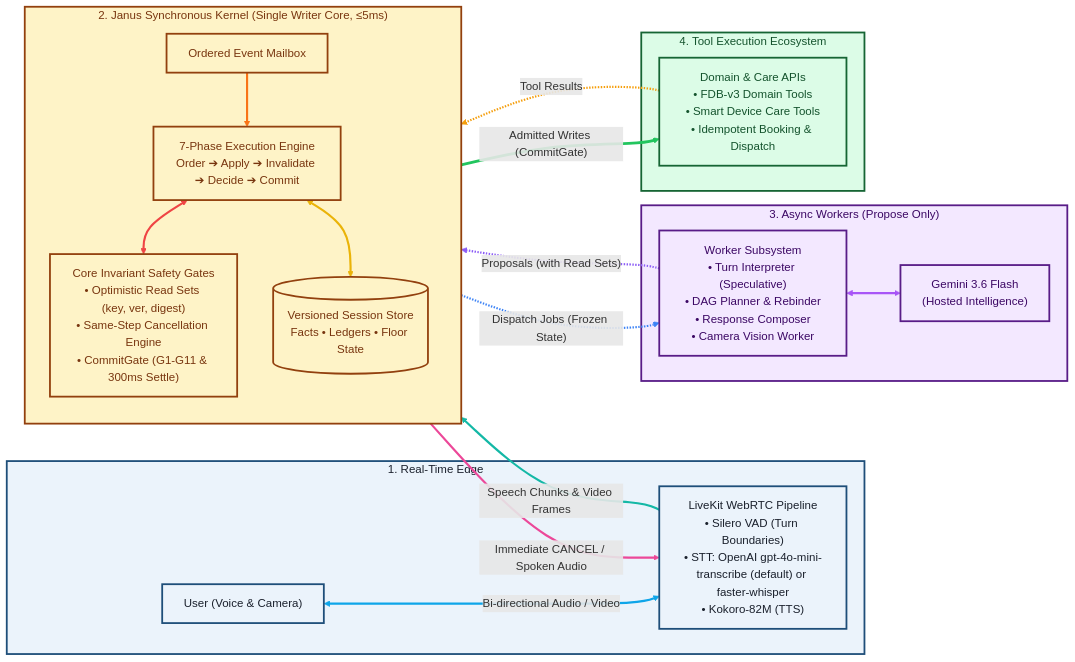
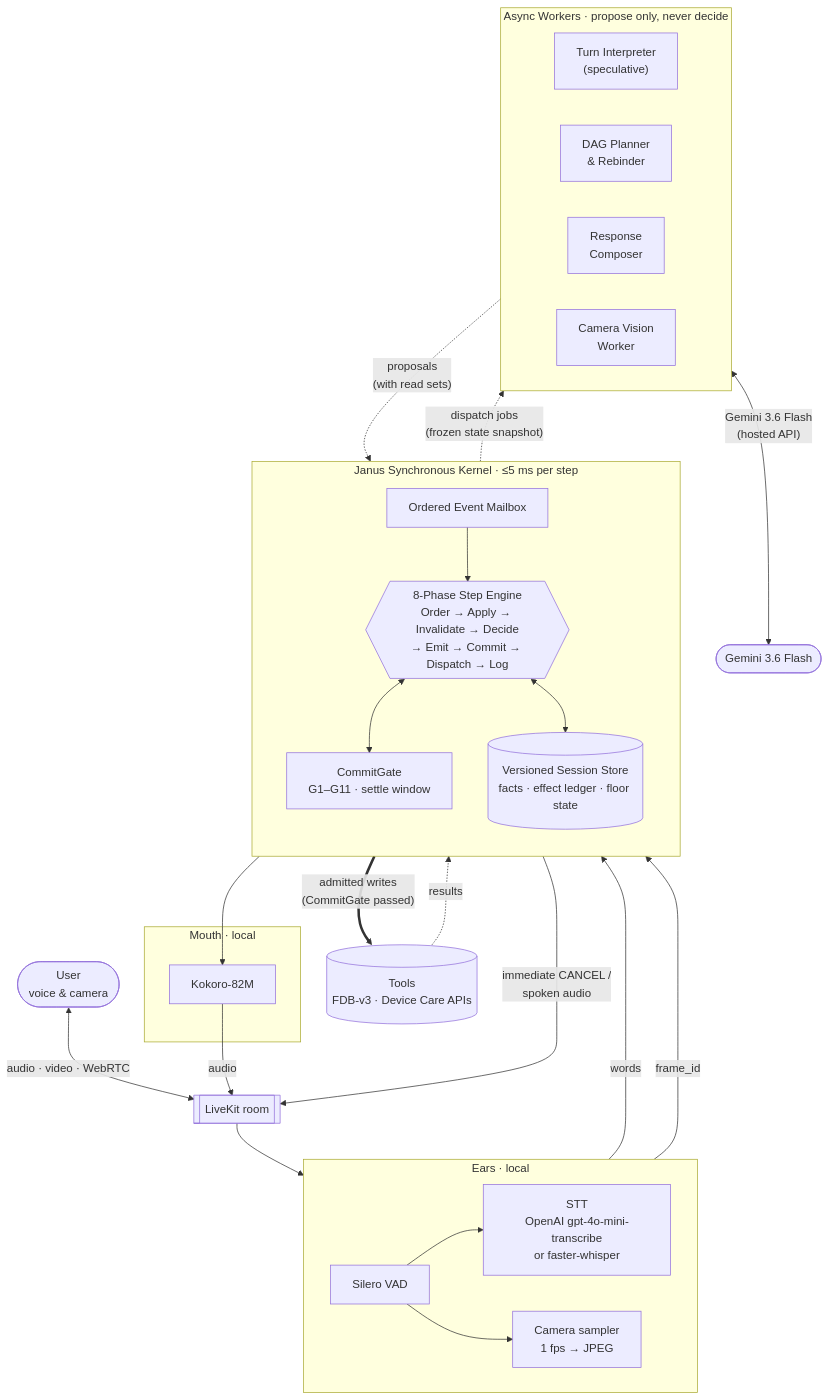
One commit to AdithyaSanthosh-P/Janus changed the second of 6 diagrams in README.md. Above: the diagram before and after it, drawn with Mermaid. The commit also changed other lines of this file, not shown here.

````diff
--- a/README.md
+++ b/README.md
@@ -50,81 +66,49 @@
 ```mermaid
-flowchart LR
-%% -------------------------------------------------
-%% STYLING / THEME
-%% -------------------------------------------------
-classDef edgeStyle fill:#EBF3FB,stroke:#1E4E79,stroke-width:2.5px,color:#1A202C;
-classDef kernelStyle fill:#FEF3C7,stroke:#92400E,stroke-width:2.5px,color:#78350F;
-classDef workerStyle fill:#F3E8FF,stroke:#581C87,stroke-width:2.5px,color:#3B0764;
-classDef toolStyle fill:#DCFCE7,stroke:#166534,stroke-width:2.5px,color:#14532D;
+flowchart TB
+    U(["User<br/>voice & camera"]) <-->|"audio · video · WebRTC"| ROOM[["LiveKit room"]]
+    ROOM --> VAD
 
-%% -------------------------------------------------
-%% 1. REAL-TIME MEDIA EDGE
-%% -------------------------------------------------
-subgraph Edge["1. Real-Time Edge"]
-    User["User (Voice & Camera)"]
-    LiveKit["LiveKit WebRTC Pipeline<br/>• Silero VAD (Turn Boundaries)<br/>• STT: OpenAI gpt-4o-mini-transcribe (default) or faster-whisper<br/>• Kokoro-82M (TTS)"]
-    User <-->|"Bi-directional Audio / Video"| LiveKit
-end
-class Edge,User,LiveKit edgeStyle;
+    subgraph EARS["Ears · local"]
+        direction LR
+        VAD["Silero VAD"] --> ASR["STT<br/>OpenAI gpt-4o-mini-transcribe<br/>or faster-whisper"]
+        VAD --> CAM["Camera sampler<br/>1 fps → JPEG"]
+    end
 
-%% -------------------------------------------------
-%% 2. JANUS SYNCHRONOUS KERNEL
-%% -------------------------------------------------
-subgraph Kernel["2. Janus Synchronous Kernel (Single Writer Core, &le;5ms)"]
-    direction TB
-    Mailbox["Ordered Event Mailbox"]
-    Engine["7-Phase Execution Engine<br/>Order ➔ Apply ➔ Invalidate ➔ Decide ➔ Commit"]
-    Safety["Core Invariant Safety Gates<br/>• Optimistic Read Sets (key, ver, digest)<br/>• Same-Step Cancellation Engine<br/>• CommitGate (G1-G11 & 300ms Settle)"]
-    Store[("Versioned Session Store<br/>Facts • Ledgers • Floor State")]
+    ASR -->|words| MAILBOX
+    CAM -->|frame_id| MAILBOX
 
-    Mailbox --> Engine
-    Engine <--> Safety
-    Engine <--> Store
-end
-class Kernel,Mailbox,Engine,Safety,Store kernelStyle;
+    subgraph KERNEL["Janus Synchronous Kernel · ≤5 ms per step"]
+        direction TB
+        MAILBOX["Ordered Event Mailbox"]
+        ENGINE{{"8-Phase Step Engine<br/>Order → Apply → Invalidate → Decide<br/>→ Emit → Commit → Dispatch → Log"}}
+        GATE["CommitGate<br/>G1–G11 · settle window"]
+        STORE[("Versioned Session Store<br/>facts · effect ledger · floor state")]
 
-%% -------------------------------------------------
-%% 3. ASYNC WORKERS & LLM
-%% -------------------------------------------------
-subgraph Workers["3. Async Workers (Propose Only)"]
-    WorkerPool["Worker Subsystem<br/>• Turn Interpreter (Speculative)<br/>• DAG Planner & Rebinder<br/>• Response Composer<br/>• Camera Vision Worker"]
-    LLM["Gemini 3.6 Flash<br/>(Hosted Intelligence)"]
-    WorkerPool <--> LLM
-end
-class Workers,WorkerPool,LLM workerStyle;
+        MAILBOX --> ENGINE
+        ENGINE <--> GATE
+        ENGINE <--> STORE
+    end
 
-%% -------------------------------------------------
-%% 4. TOOLS & SAMSUNG EXTENSION
-%% -------------------------------------------------
-subgraph Ecosystem["4. Tool Execution Ecosystem"]
-    Tools["Domain & Care APIs<br/>• FDB-v3 Domain Tools<br/>• Smart Device Care Tools<br/>• Idempotent Booking & Dispatch"]
-end
-class Ecosystem,Tools toolStyle;
+    subgraph WORKERS["Async Workers · propose only, never decide"]
+        direction LR
+        INTERP["Turn Interpreter<br/>(speculative)"]
+        PLAN["DAG Planner<br/>& Rebinder"]
+        COMPOSE["Response<br/>Composer"]
+        VISION["Camera Vision<br/>Worker"]
+    end
 
-%% -------------------------------------------------
-%% CROSS-LAYER FLOWS
-%% -------------------------------------------------
-LiveKit -->|"Speech Chunks & Video Frames"| Mailbox
-Engine -->|"Immediate CANCEL / Spoken Audio"| LiveKit
+    WORKERS <-->|"Gemini 3.6 Flash<br/>(hosted API)"| LLM(["Gemini 3.6 Flash"])
 
-Engine -.->|"Dispatch Jobs (Frozen State)"| WorkerPool
-WorkerPool -.->|"Proposals (with Read Sets)"| Mailbox
+    ENGINE -.->|"dispatch jobs<br/>(frozen state snapshot)"| WORKERS
+    WORKERS -.->|"proposals<br/>(with read sets)"| MAILBOX
 
-Engine ==>|"Admitted Writes (CommitGate)"| Tools
-Tools -.->|"Tool Results"| Mailbox
+    ENGINE ==>|"admitted writes<br/>(CommitGate passed)"| TOOLS[("Tools<br/>FDB-v3 · Device Care APIs")]
+    TOOLS -.->|results| MAILBOX
+    ENGINE -->|"immediate CANCEL /<br/>spoken audio"| ROOM
 
-%% -------------------------------------------------
-%% LINE COLORS (bold, visible in light + dark mode)
-%% -------------------------------------------------
-linkStyle 0 stroke:#0EA5E9,stroke-width:3px;
-linkStyle 1 stroke:#F97316,stroke-width:3px;
-linkStyle 2 stroke:#EF4444,stroke-width:3px;
-linkStyle 3 stroke:#EAB308,stroke-width:3px;
-linkStyle 4 stroke:#A855F7,stroke-width:3px;
-linkStyle 5 stroke:#14B8A6,stroke-width:3px;
-linkStyle 6 stroke:#EC4899,stroke-width:3px;
-linkStyle 7 stroke:#3B82F6,stroke-width:3px;
-linkStyle 8 stroke:#8B5CF6,stroke-width:3px;
-linkStyle 9 stroke:#22C55E,stroke-width:4px;
-linkStyle 10 stroke:#F59E0B,stroke-width:3px;
+    subgraph MOUTH["Mouth · local"]
+        TTS["Kokoro-82M"]
+    end
+    ENGINE --> TTS
+    TTS -->|audio| ROOM
 ```
````
